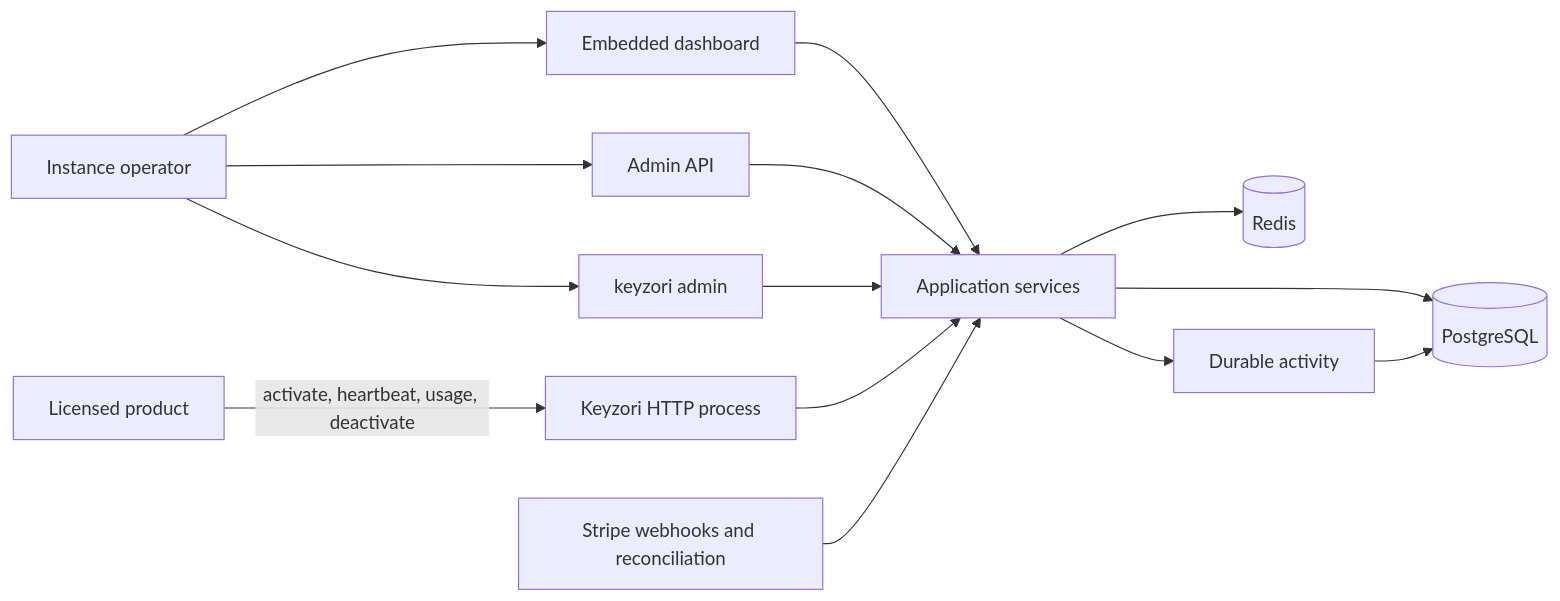
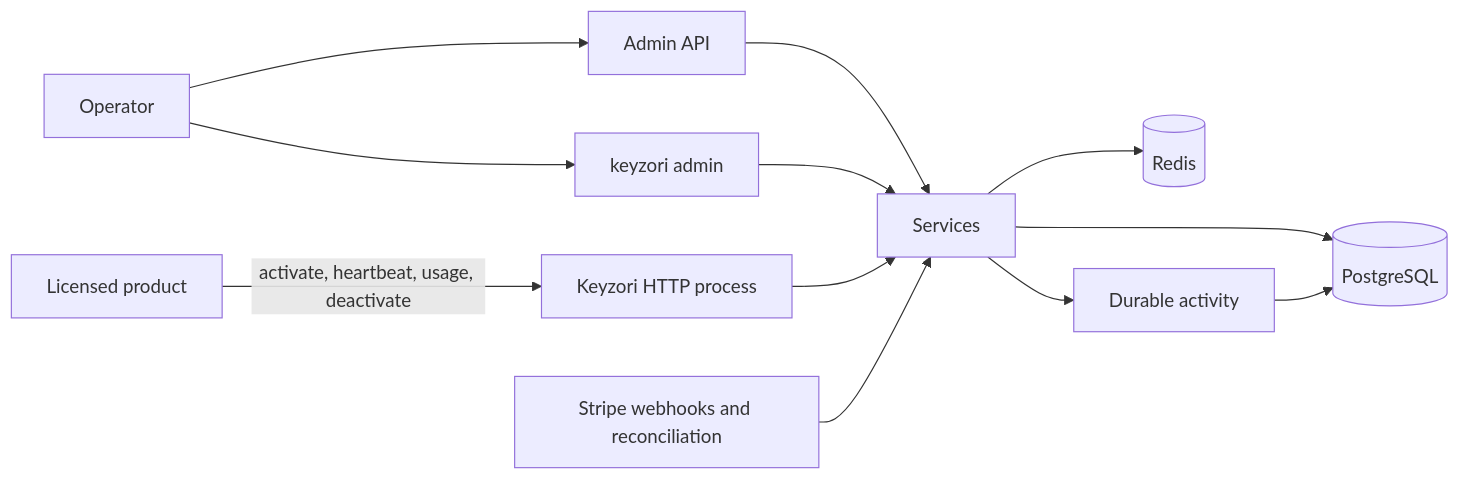
Before and after one commit to SnibbiLabs/Keyzori: the diagram in docs/architecture.md, drawn with Mermaid. The commit also changed other lines of this file and 47 other files, not shown here.

First line of the commit message:
Remove the embedded operator dashboard and refresh repository guidance (#25)

````diff
--- a/docs/architecture.md
+++ b/docs/architecture.md
@@ -9,16 +9,14 @@
 ```mermaid
 flowchart LR
     Product[Licensed product] -->|activate, heartbeat, usage, deactivate| HTTP[Keyzori HTTP process]
-    Operator[Instance operator] --> Dashboard[Embedded dashboard]
     Operator --> AdminAPI[Admin API]
     Operator --> CLI[keyzori admin]
-    Dashboard --> Services[Application services]
     AdminAPI --> Services
     CLI --> Services
     HTTP --> Services
     Services --> Postgres[(PostgreSQL)]
     Services --> Redis[(Redis)]
     Stripe[Stripe webhooks and reconciliation] --> Services
     Services --> Activity[Durable activity]
     Activity --> Postgres
 ```
````
